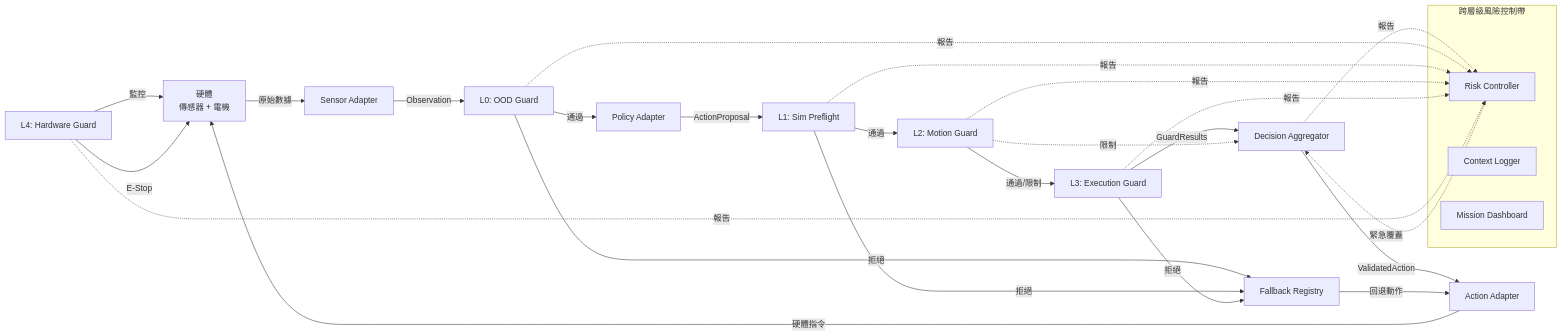
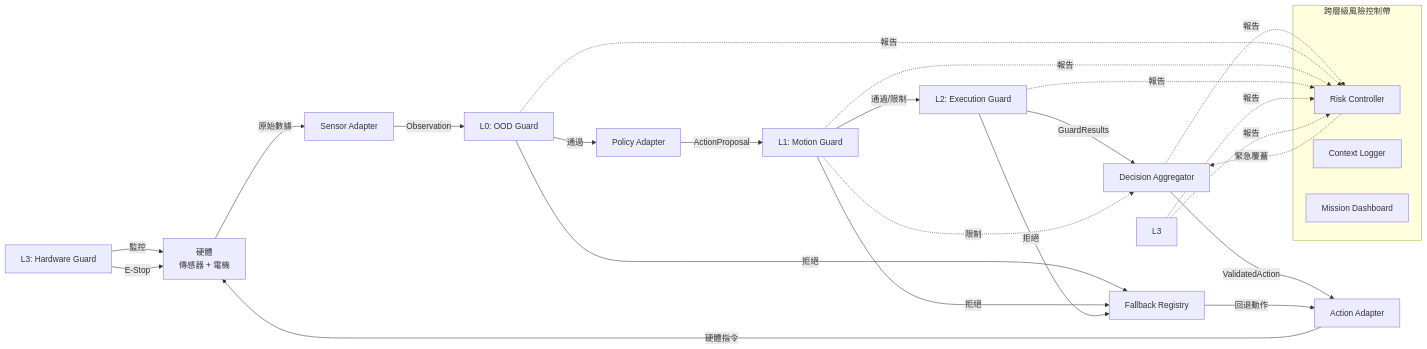
One commit to ez945y/DAM changed the first of 3 diagrams in docs/DAM_Specification_zh.md. Above: the diagram before and after it, drawn with Mermaid. The commit also changed other lines of this file and 63 other files, not shown here.

````diff
--- a/docs/DAM_Specification_zh.md
+++ b/docs/DAM_Specification_zh.md
@@ -583,35 +582,34 @@
 ```mermaid
 flowchart LR
     HW["硬體<br/>傳感器 + 電機"] -->|原始數據| SA["Sensor Adapter"]
     SA -->|Observation| L0["L0: OOD Guard"]
     L0 -->|通過| PA["Policy Adapter"]
-    PA -->|ActionProposal| L1["L1: Sim Preflight"]
-    L1 -->|通過| L2["L2: Motion Guard"]
-    L2 -->|通過/限制| L3["L3: Execution Guard"]
-    L3 -->|GuardResults| DA["Decision Aggregator"]
+    PA -->|ActionProposal| L1["L1: Motion Guard"]
+    L1 -->|通過/限制| L2["L2: Execution Guard"]
+    L2 -->|GuardResults| DA["Decision Aggregator"]
     DA -->|ValidatedAction| AA["Action Adapter"]
     AA -->|硬體指令| HW
 
     L0 -->|拒絕| FB["Fallback Registry"]
     L1 -->|拒絕| FB
-    L2 -.->|限制| DA
-    L3 -->|拒絕| FB
+    L1 -.->|限制| DA
+    L2 -->|拒絕| FB
     FB -->|回退動作| AA
 
-    L4["L4: Hardware Guard"] -->|監控| HW
-    L4 -->|E-Stop| HW
+    HWG["L3: Hardware Guard"] -->|監控| HW
+    HWG -->|E-Stop| HW
 
     subgraph Risk["跨層級風險控制帶"]
         RC["Risk Controller"]
         CL["Context Logger"]
         MD["Mission Dashboard"]
     end
 
     DA -.->|報告| RC
     L0 -.->|報告| RC
     L1 -.->|報告| RC
     L2 -.->|報告| RC
     L3 -.->|報告| RC
-    L4 -.->|報告| RC
+    L3 -.->|報告| RC
     RC -.->|緊急覆蓋| DA
 ```
````
